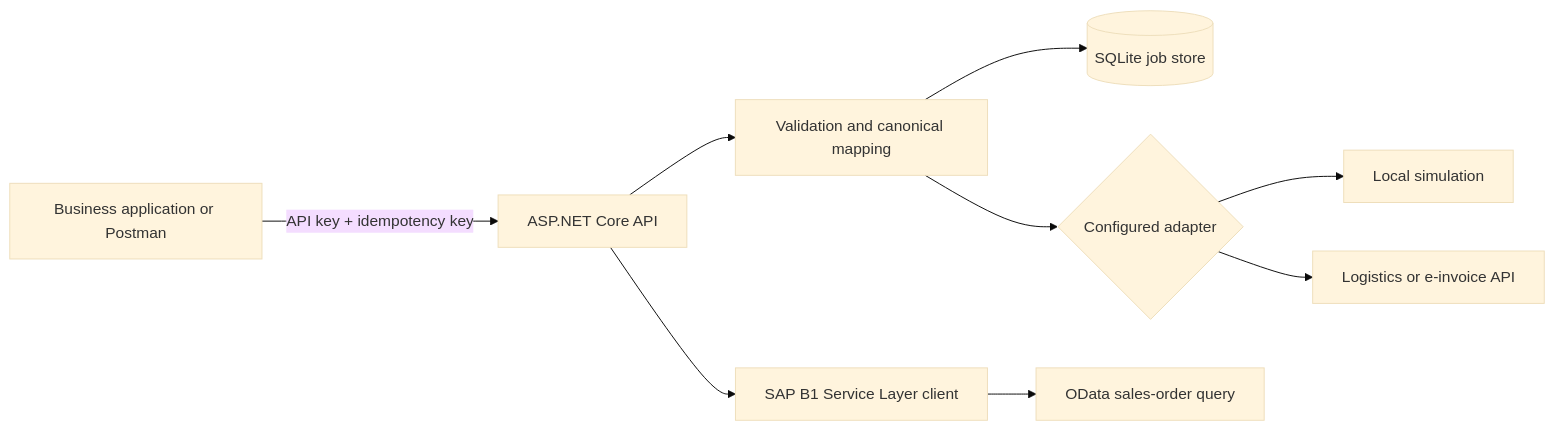
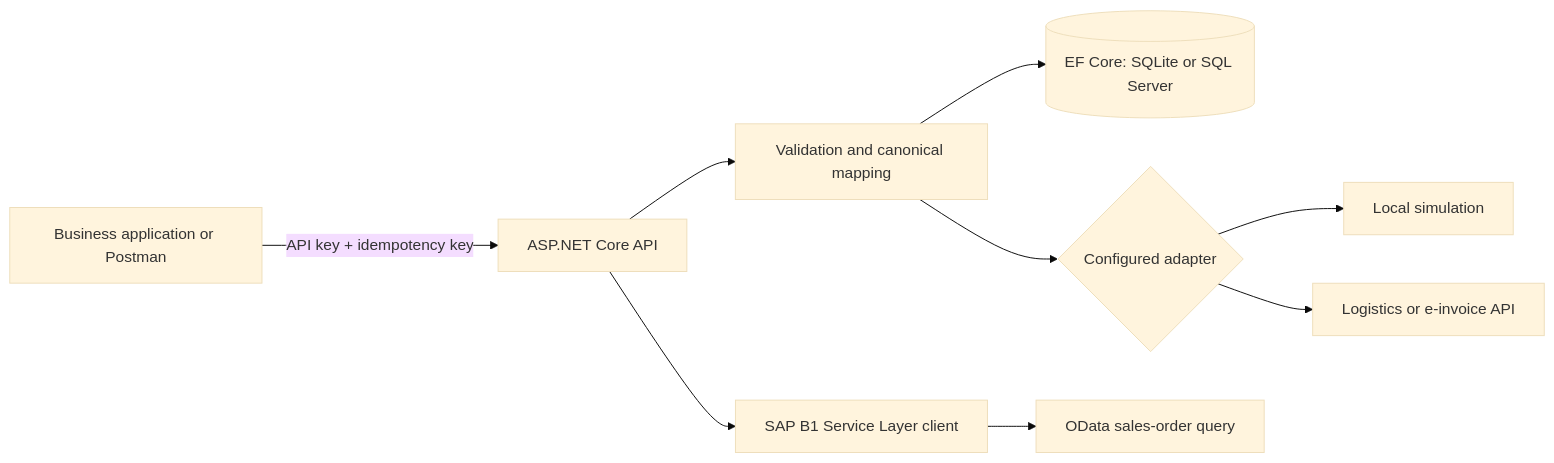
Before and after one commit to pthanureddy/business-application-integration-service: the diagram in README.md, drawn with Mermaid (base theme). The commit also changed other lines of this file and 13 other files, not shown here.

Commit message:
feat: add Azure observability and SQL Server path

````diff
--- a/README.md
+++ b/README.md
@@ -26,11 +28,11 @@
 ```mermaid
 flowchart LR
     Client["Business application or Postman"] -->|API key + idempotency key| API["ASP.NET Core API"]
     API --> Map["Validation and canonical mapping"]
-    Map --> DB[("SQLite job store")]
+    Map --> DB[("EF Core: SQLite or SQL Server")]
     Map --> Adapter{"Configured adapter"}
     Adapter --> Sim["Local simulation"]
     Adapter --> HTTP["Logistics or e-invoice API"]
     API --> SAP["SAP B1 Service Layer client"]
     SAP --> OData["OData sales-order query"]
 ```
````
